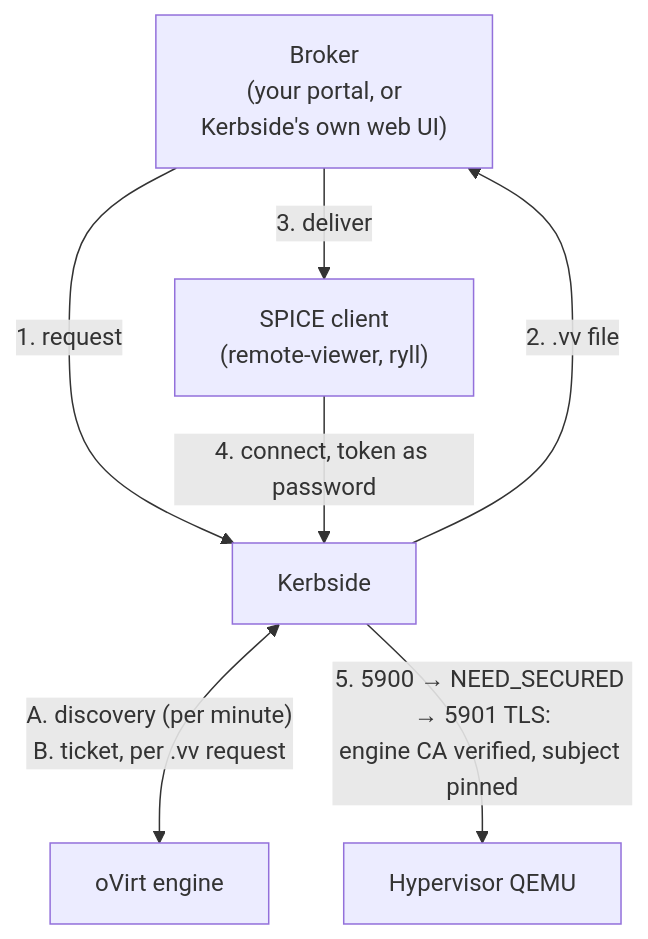
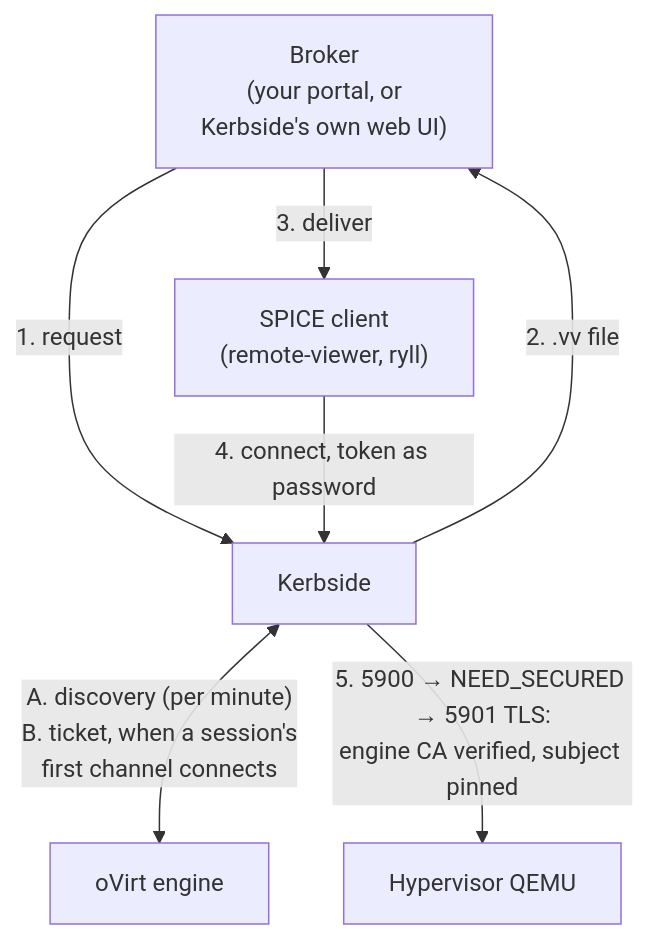
Before and after one commit to shakenfist/kerbside: the diagram in docs/use-cases/ovirt.md, drawn with Mermaid. The commit also changed other lines of this file and 8 other files, not shown here.

````diff
--- a/docs/use-cases/ovirt.md
+++ b/docs/use-cases/ovirt.md
@@ -63,15 +63,15 @@
 ```mermaid
 flowchart TD
     broker["Broker<br/>(your portal, or<br/>Kerbside's own web UI)"]
     client["SPICE client<br/>(remote-viewer, ryll)"]
     kerbside["Kerbside"]
     engine["oVirt engine"]
     hypervisor["Hypervisor QEMU"]
 
     broker -- "1. request" --> kerbside
     kerbside -- "2. .vv file" --> broker
     broker -- "3. deliver" --> client
     client -- "4. connect, token as password" --> kerbside
-    kerbside <-- "A. discovery (per minute)<br/>B. ticket, per .vv request" --> engine
+    kerbside <-- "A. discovery (per minute)<br/>B. ticket, when a session's<br/>first channel connects" --> engine
     kerbside -- "5. 5900 → NEED_SECURED → 5901 TLS:<br/>engine CA verified, subject pinned" --> hypervisor
 ```
````
